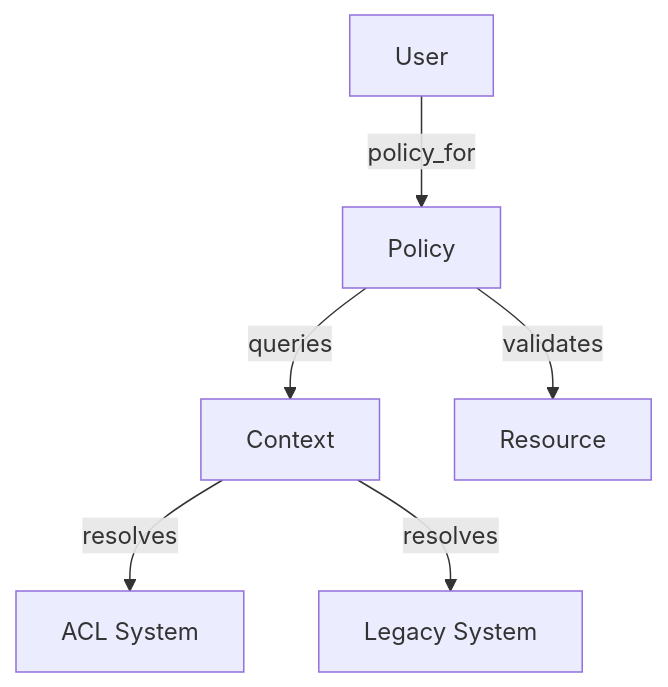
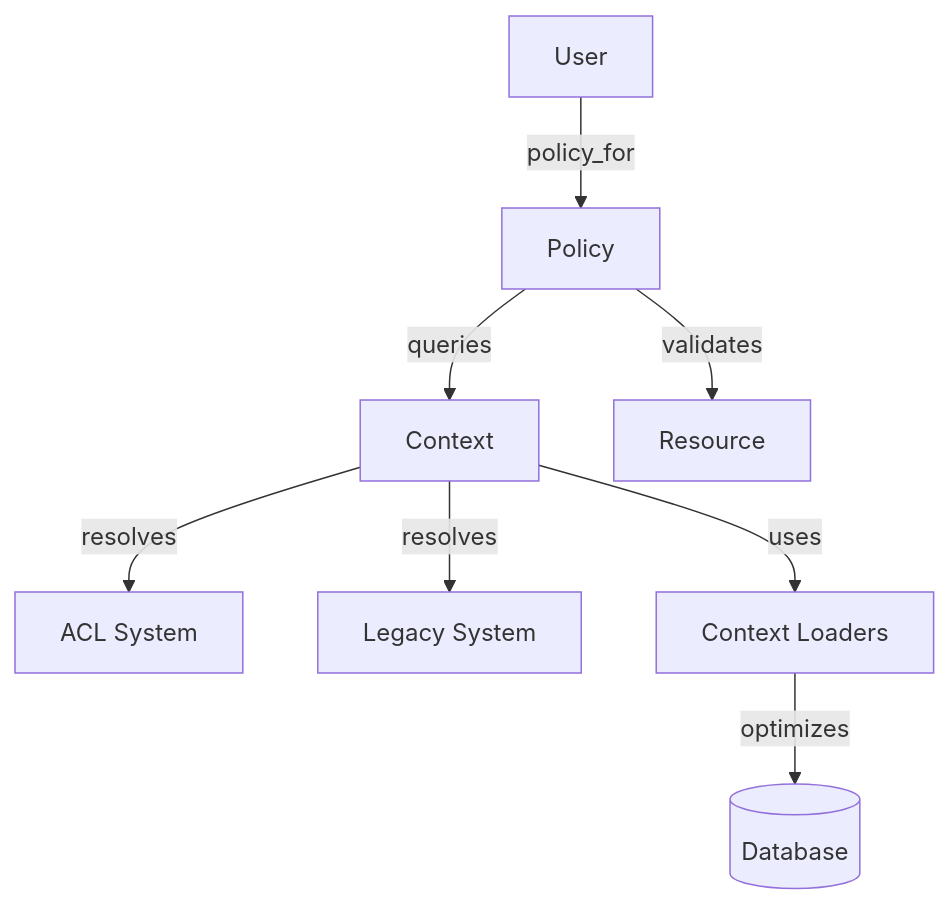
The diagram in docs/features/warehouse-auth-policies.md (greenriver/hmis-warehouse), drawn with Mermaid before and after one commit. The commit also changed other lines of this file and 8 other files, not shown here.

````diff
--- a/docs/features/warehouse-auth-policies.md
+++ b/docs/features/warehouse-auth-policies.md
@@ -19,8 +20,10 @@
 ```mermaid
 graph TD
     User -->|policy_for| Policy
     Policy -->|queries| Context
     Context -->|resolves| ACLs[ACL System]
     Context -->|resolves| Legacy[Legacy System]
+    Context -->|uses| Loaders[Context Loaders]
+    Loaders -->|optimizes| DB[(Database)]
     Policy -->|validates| Resource
 ```
````
